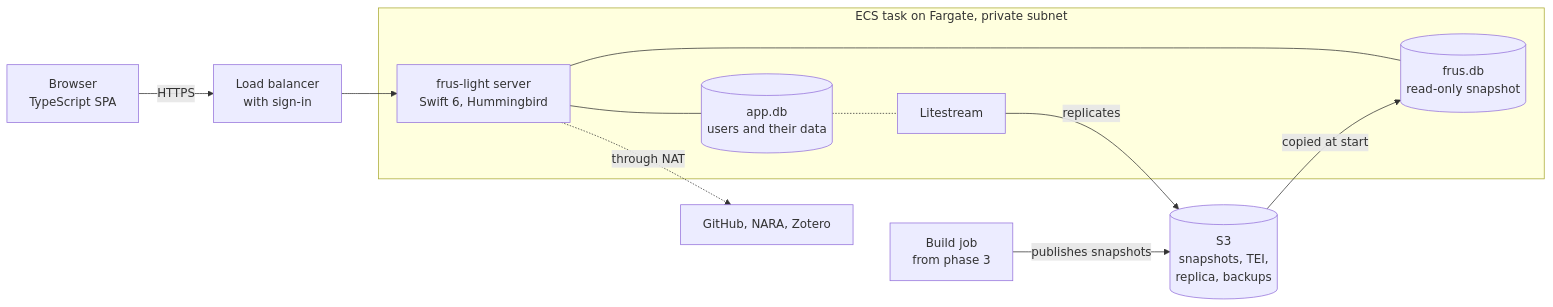
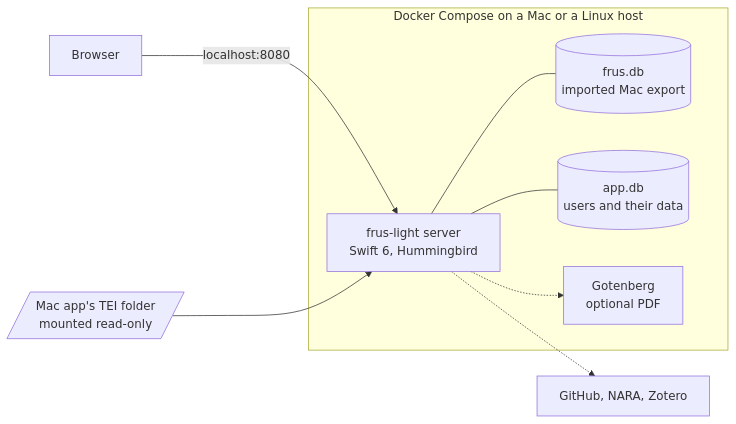
The diagram in README.md (joshbotts/FRUS-Explorer-Web-App), drawn with Mermaid before and after one commit. The commit also changed other lines of this file and 1 other file, not shown here.

Commit message:
Put the Docker Compose install first and defer AWS to phase 6
Phase 1 now ships as a Compose install on a Mac or a Linux host. Import
mode serves a Mac export from the /data volume, the Mac app's TEI folder
is mounted read-only, and CI publishes amd64 and arm64 images to GitHub
Container Registry. The session plan drops from thirteen sessions to
eleven, and the owner checkpoints from nine to eight.

The AWS design is kept unchanged in a deferred phase 6 section, as the
spec first planned. The README's goals, diagram and deployment notes
follow the new order.

Claude-Session: https://claude.ai/code/session_01AwkrevBg29kobAu6j9JtU3

````diff
--- a/README.md
+++ b/README.md
@@ -20,14 +20,11 @@
 ```mermaid
 flowchart LR
-  B[Browser<br/>TypeScript SPA] -->|HTTPS| L[Load balancer<br/>with sign-in]
-  subgraph T[ECS task on Fargate, private subnet]
-    S[frus-light server<br/>Swift 6, Hummingbird] --- I[(frus.db<br/>read-only snapshot)]
+  B[Browser] -->|localhost:8080| S
+  subgraph C[Docker Compose on a Mac or a Linux host]
+    S[frus-light server<br/>Swift 6, Hummingbird] --- I[(frus.db<br/>imported Mac export)]
     S --- U[(app.db<br/>users and their data)]
-    U -.- LS[Litestream]
+    S -.-> P[Gotenberg<br/>optional PDF]
   end
-  L --> S
-  S3[(S3<br/>snapshots, TEI,<br/>replica, backups)] -->|copied at start| I
-  LS -->|replicates| S3
-  J[Build job<br/>from phase 3] -->|publishes snapshots| S3
-  S -.->|through NAT| X[GitHub, NARA, Zotero]
+  T[/Mac app's TEI folder<br/>mounted read-only/] --> S
+  S -.-> X[GitHub, NARA, Zotero]
 ```
````
